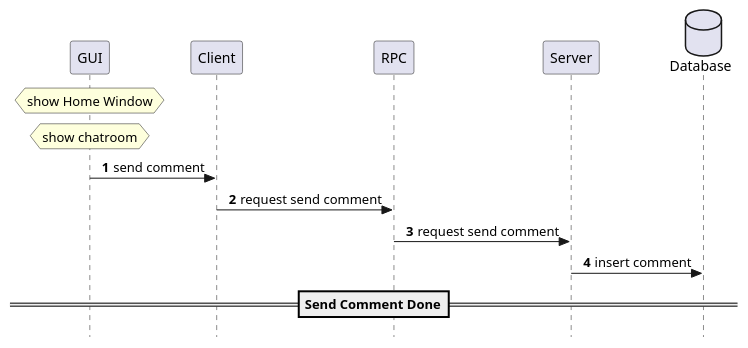
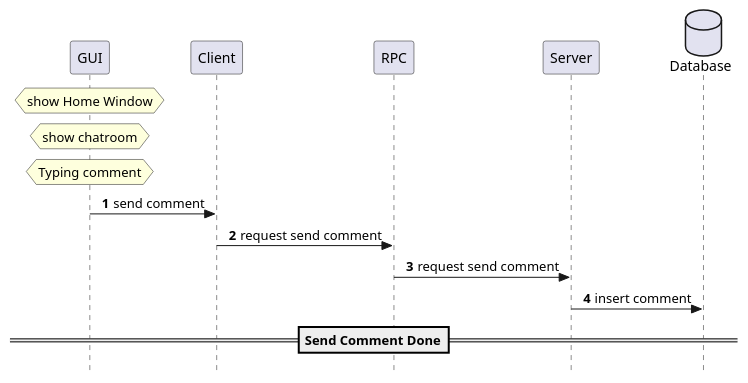
One commit to jack41402/Networking-Final changed the diagram in Docs/Flow Chart/comment.puml. Above: the diagram before and after it, drawn with PlantUML. The commit also changed 13 other files, not shown here.

```diff
--- a/Docs/Flow Chart/comment.puml
+++ b/Docs/Flow Chart/comment.puml
@@ -1,24 +1,25 @@
 @startuml
 'https://plantuml.com/sequence-diagram
 skinparam sequenceMessageAlign center
 skinparam responseMessageBelowArrow false
 skinparam style strictuml
 hide unlinked
 !pragma teoz true
 autonumber
 
 database "Database" as sql order 4
 participant "Server" as server order 3
 participant "RPC" as rpc order 2
 participant "Client" as client order 1
 participant "GUI" as gui order 0
 
 hnote over gui: show Home Window
 hnote over gui: show chatroom
+hnote over gui: Typing comment
 gui -> client: send comment
 client -> rpc: request send comment
 rpc -> server: request send comment
 server -> sql: insert comment
 ==Send Comment Done==
 
 @enduml
```
